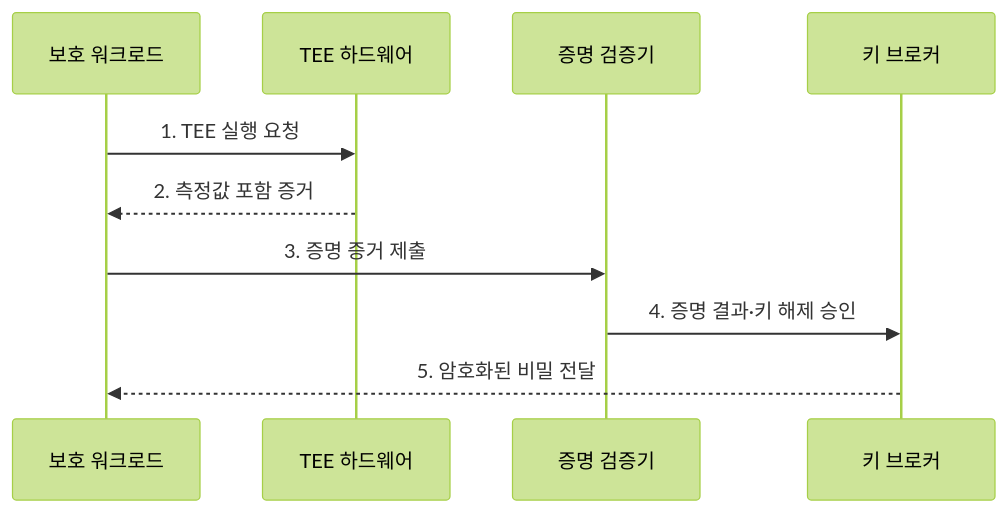
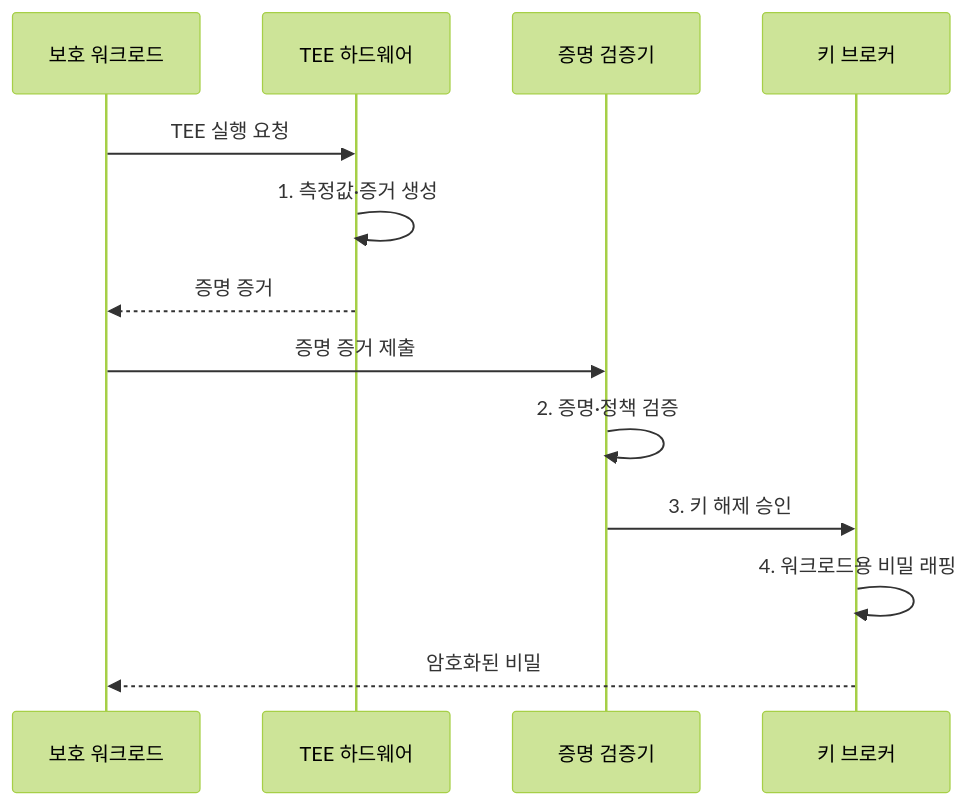
The second of 2 diagrams in src/content/docs/notes/05-security/019_confidential_computing.md (agnusdei1207/knowledge-base), drawn with Mermaid (forest theme) before and after one commit. The commit also changed other lines of this file and 20 other files, not shown here.

````diff
--- a/src/content/docs/notes/05-security/019_confidential_computing.md
+++ b/src/content/docs/notes/05-security/019_confidential_computing.md
@@ -88,12 +88,15 @@
 ```mermaid
 sequenceDiagram
     participant W as 보호 워크로드
     participant T as TEE 하드웨어
     participant V as 증명 검증기
     participant K as 키 브로커
-    W->>T: 1. TEE 실행 요청
-    T-->>W: 2. 측정값 포함 증거
-    W->>V: 3. 증명 증거 제출
-    V->>K: 4. 증명 결과·키 해제 승인
-    K-->>W: 5. 암호화된 비밀 전달
+    W->>T: TEE 실행 요청
+    T->>T: 1. 측정값·증거 생성
+    T-->>W: 증명 증거
+    W->>V: 증명 증거 제출
+    V->>V: 2. 증명·정책 검증
+    V->>K: 3. 키 해제 승인
+    K->>K: 4. 워크로드용 비밀 래핑
+    K-->>W: 암호화된 비밀
 ```
````
